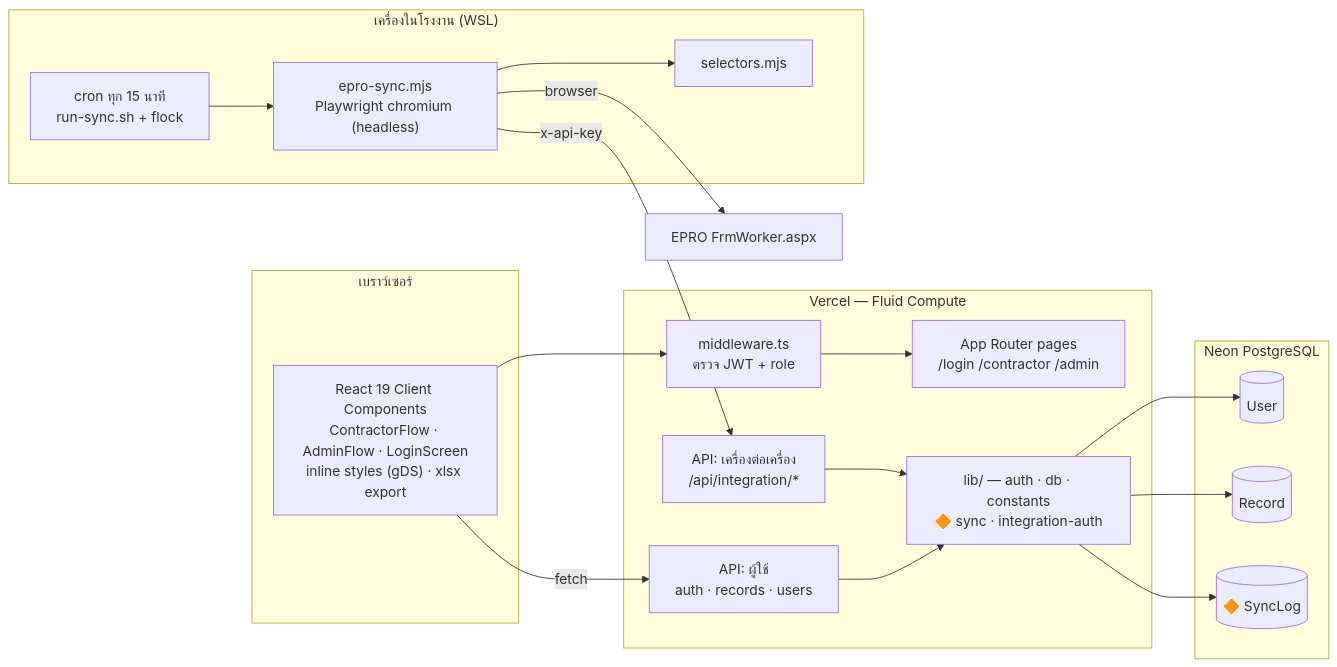
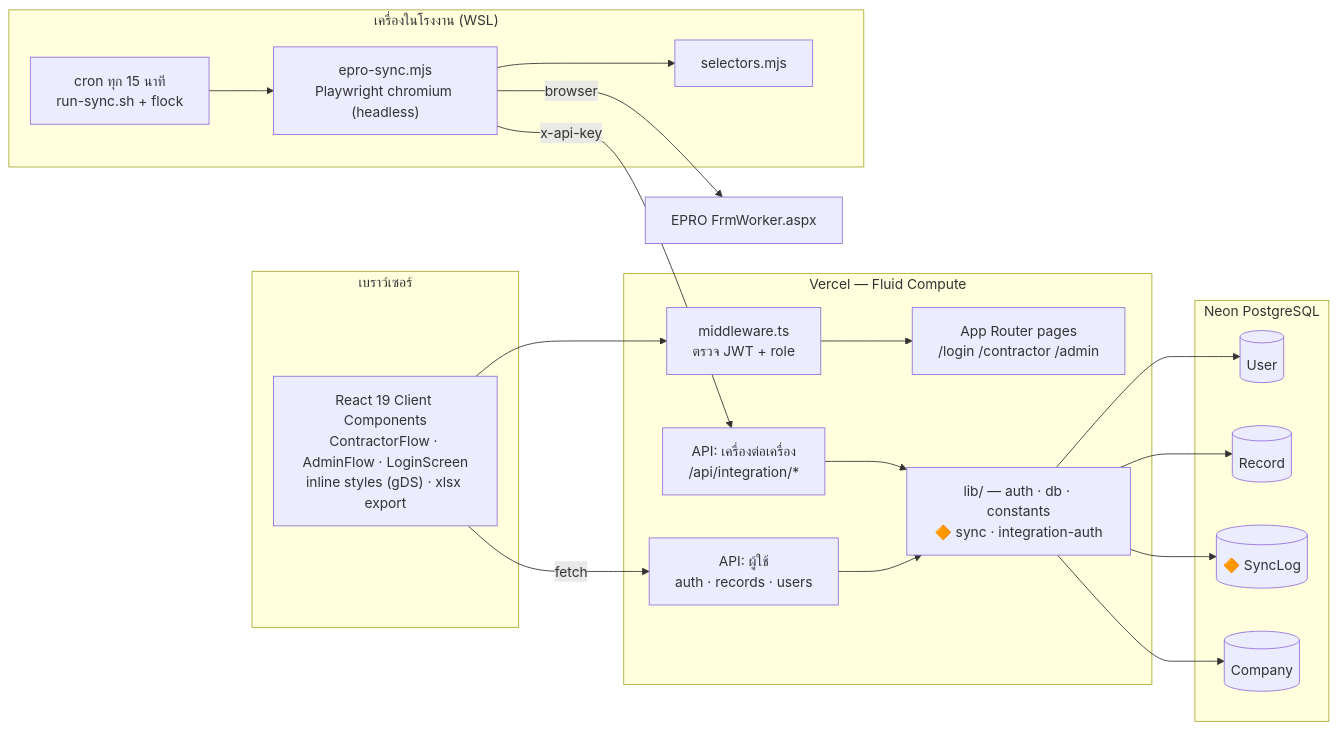
Before and after one commit to Prachya-8bit/Gate-pass-system: the second of 6 diagrams in docs/architecture.md, drawn with Mermaid. The commit also changed other lines of this file and 11 other files, not shown here.

````diff
--- a/docs/architecture.md
+++ b/docs/architecture.md
@@ -42,36 +42,37 @@
 ```mermaid
 graph LR
     subgraph browser["เบราว์เซอร์"]
         UI["React 19 Client Components<br/>ContractorFlow · AdminFlow · LoginScreen<br/>inline styles (gDS) · xlsx export"]
     end
 
     subgraph vercel["Vercel — Fluid Compute"]
         MW["middleware.ts<br/>ตรวจ JWT + role"]
         PAGES["App Router pages<br/>/login /contractor /admin"]
         API1["API: ผู้ใช้<br/>auth · records · users"]
         API2["API: เครื่องต่อเครื่อง<br/>/api/integration/*"]
         LIB["lib/ — auth · db · constants<br/>🔶 sync · integration-auth"]
     end
 
     subgraph neon["Neon PostgreSQL"]
         T1[("User")]
         T2[("Record")]
         T3[("🔶 SyncLog")]
+        T4[("Company")]
     end
 
     subgraph plant["เครื่องในโรงงาน (WSL)"]
         CRON["cron ทุก 15 นาที<br/>run-sync.sh + flock"]
         SYNC["epro-sync.mjs<br/>Playwright chromium (headless)"]
         SEL["selectors.mjs"]
     end
 
     EPRO["EPRO FrmWorker.aspx"]
 
     UI --> MW --> PAGES
     UI -->|fetch| API1
-    API1 --> LIB --> T1 & T2 & T3
+    API1 --> LIB --> T1 & T2 & T3 & T4
     API2 --> LIB
     CRON --> SYNC --> SEL
     SYNC -->|x-api-key| API2
     SYNC -->|browser| EPRO
 ```
````
